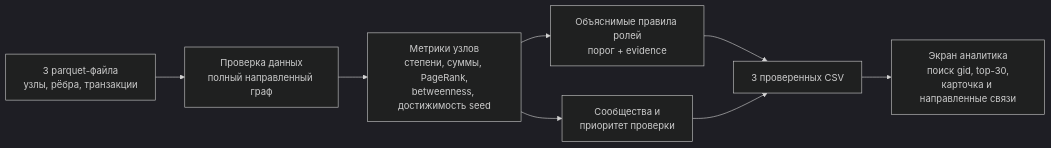
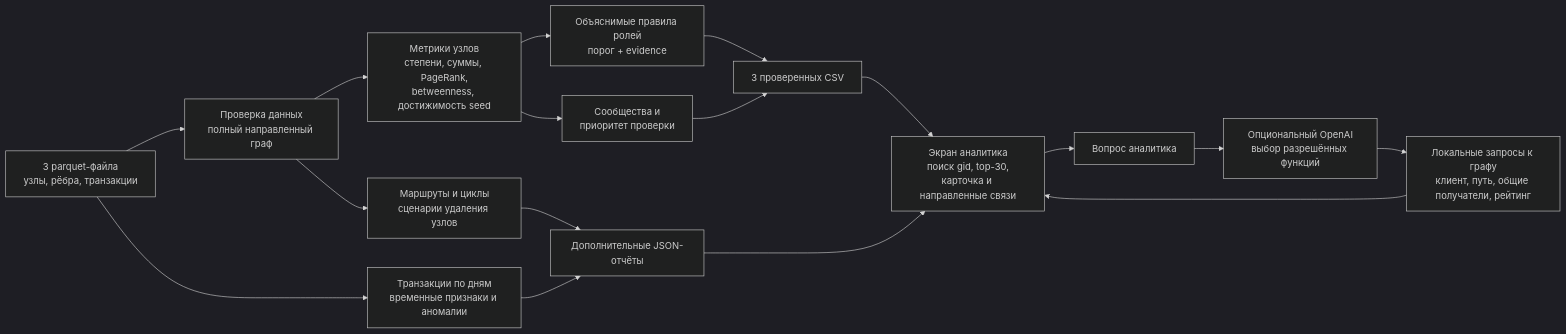
The diagram in docs/scheme.md (BAITC-Hacks/hack-67979f3c-50-tenge), drawn with Mermaid (dark theme) before and after one commit. The commit also changed 15 other files, not shown here.

Commit message:
feat: add temporal patterns, network resilience and graph AI agent

````diff
--- a/docs/scheme.md
+++ b/docs/scheme.md
@@ -3,10 +3,19 @@
 ```mermaid
 flowchart LR
     A[3 parquet-файла<br/>узлы, рёбра, транзакции] --> B[Проверка данных<br/>полный направленный граф]
     B --> C[Метрики узлов<br/>степени, суммы, PageRank,<br/>betweenness, достижимость seed]
     C --> D[Объяснимые правила ролей<br/>порог + evidence]
     C --> E[Сообщества и<br/>приоритет проверки]
     D --> F[3 проверенных CSV]
     E --> F
     F --> G[Экран аналитика<br/>поиск gid, top-30,<br/>карточка и направленные связи]
+    A --> H[Транзакции по дням<br/>временные признаки и аномалии]
+    B --> I[Маршруты и циклы<br/>сценарии удаления узлов]
+    H --> J[Дополнительные JSON-отчёты]
+    I --> J
+    J --> G
+    G --> K[Вопрос аналитика]
+    K --> L[Опциональный OpenAI<br/>выбор разрешённых функций]
+    L --> M[Локальные запросы к графу<br/>клиент, путь, общие получатели, рейтинг]
+    M --> G
 ```
````
